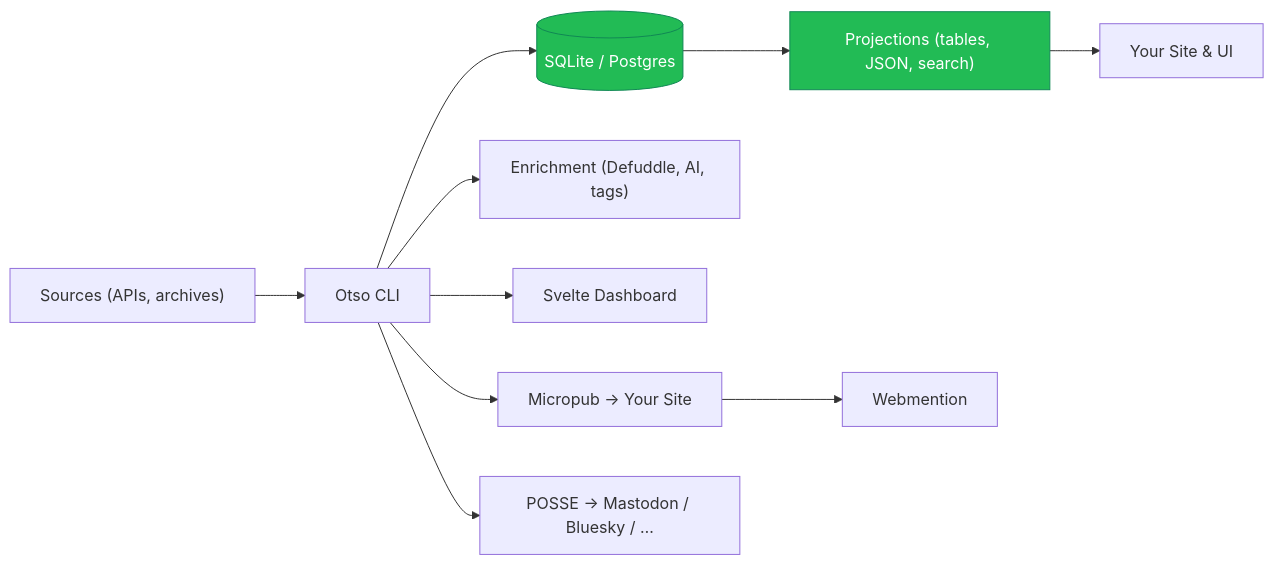
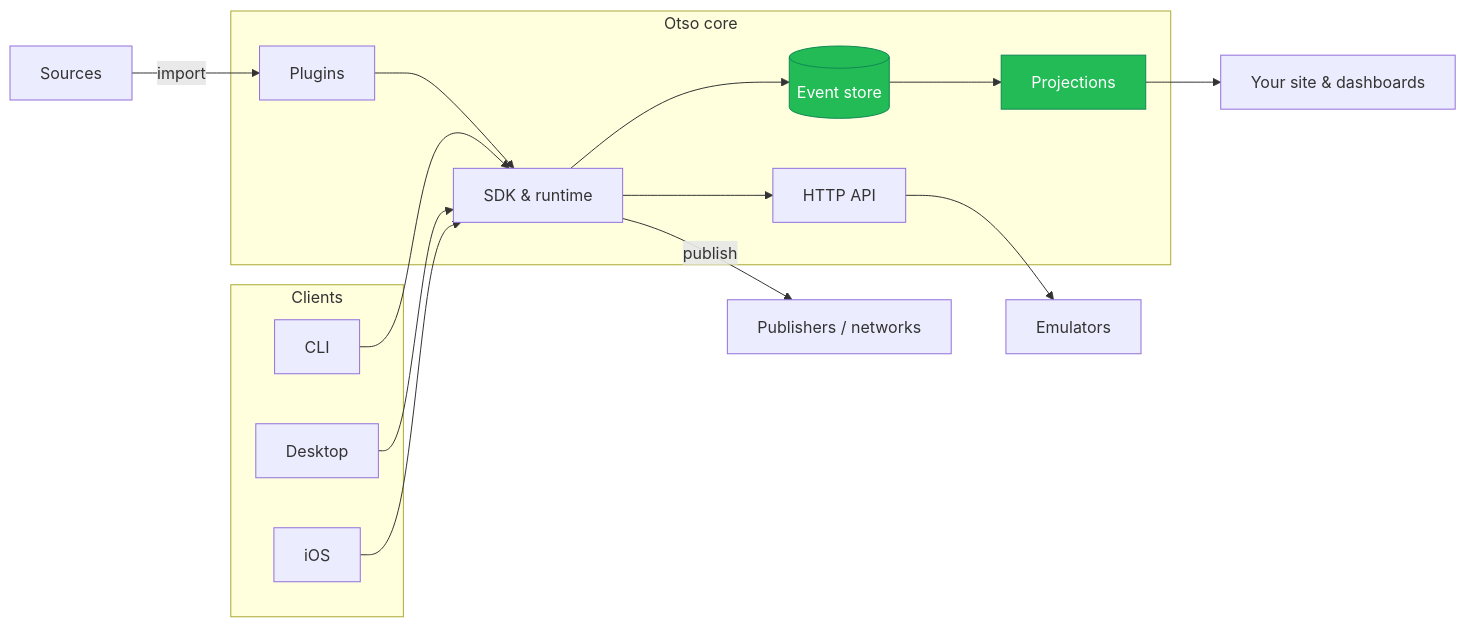
Before and after one commit to otso-run/otso: the first of 4 diagrams in packages/otso.run/src/content/docs/overview/architecture.mdx, drawn with Mermaid.

Commit message:
docs: broaden architecture diagram

````diff
--- a/packages/otso.run/src/content/docs/overview/architecture.mdx
+++ b/packages/otso.run/src/content/docs/overview/architecture.mdx
@@ -8,15 +8,32 @@
 ```mermaid
-graph LR
-  S["Sources (APIs, archives)"] --> C["Otso CLI"]
-  C --> DB[("SQLite / Postgres")]
-  C --> E["Enrichment (Defuddle, AI, tags)"]
-  C --> D["Svelte Dashboard"]
-  DB --> PR["Projections (tables, JSON, search)"]
-  PR --> UI["Your Site & UI"]
-  C --> M["Micropub → Your Site"]
-  M --> W["Webmention"]
-  C --> P["POSSE → Mastodon / Bluesky / …"]
+flowchart LR
+  subgraph Clients
+    CLI
+    Desktop
+    iOS
+  end
+
+  subgraph Otso["Otso core"]
+    SDK["SDK & runtime"]
+    API["HTTP API"]
+    DB[("Event store")]
+    PR["Projections"]
+    Plugins["Plugins"]
+    SDK --> DB
+    DB --> PR
+    SDK --> API
+    Plugins --> SDK
+  end
+
+  CLI --> SDK
+  Desktop --> SDK
+  iOS --> SDK
+
+  Sources["Sources"] -- import --> Plugins
+  SDK -- publish --> Publishers["Publishers / networks"]
+  PR --> Site["Your site & dashboards"]
+  API --> Emulators["Emulators"]
 
   classDef store fill:#2b5,stroke:#185,stroke-width:1,color:#fff;
   class DB,PR store;
 ```
````
